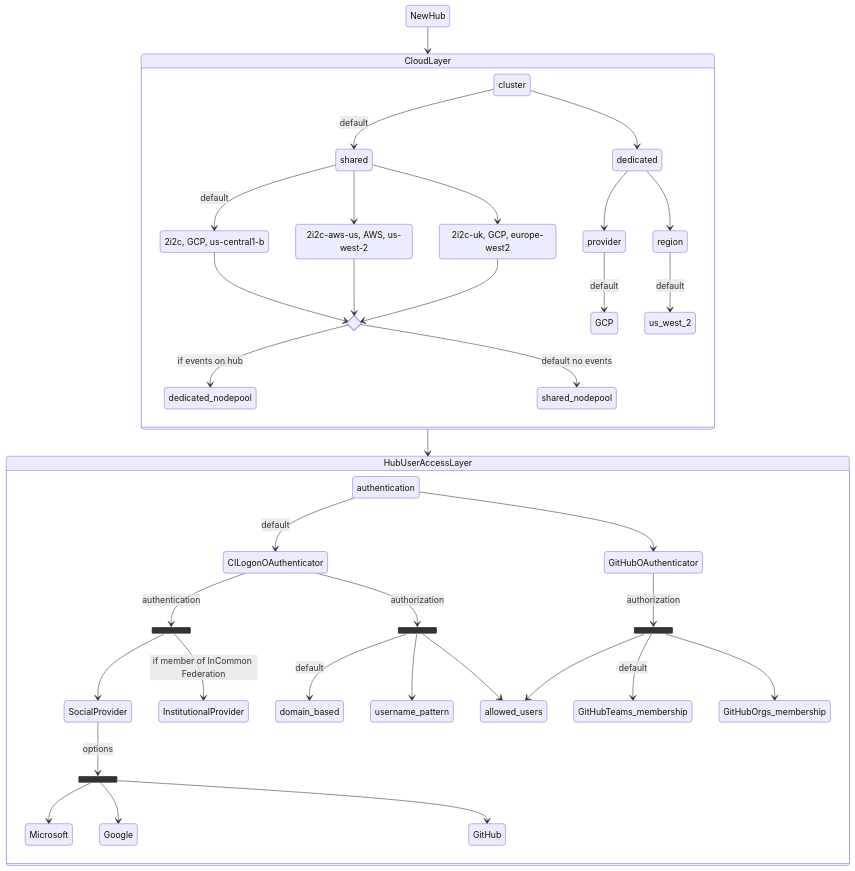
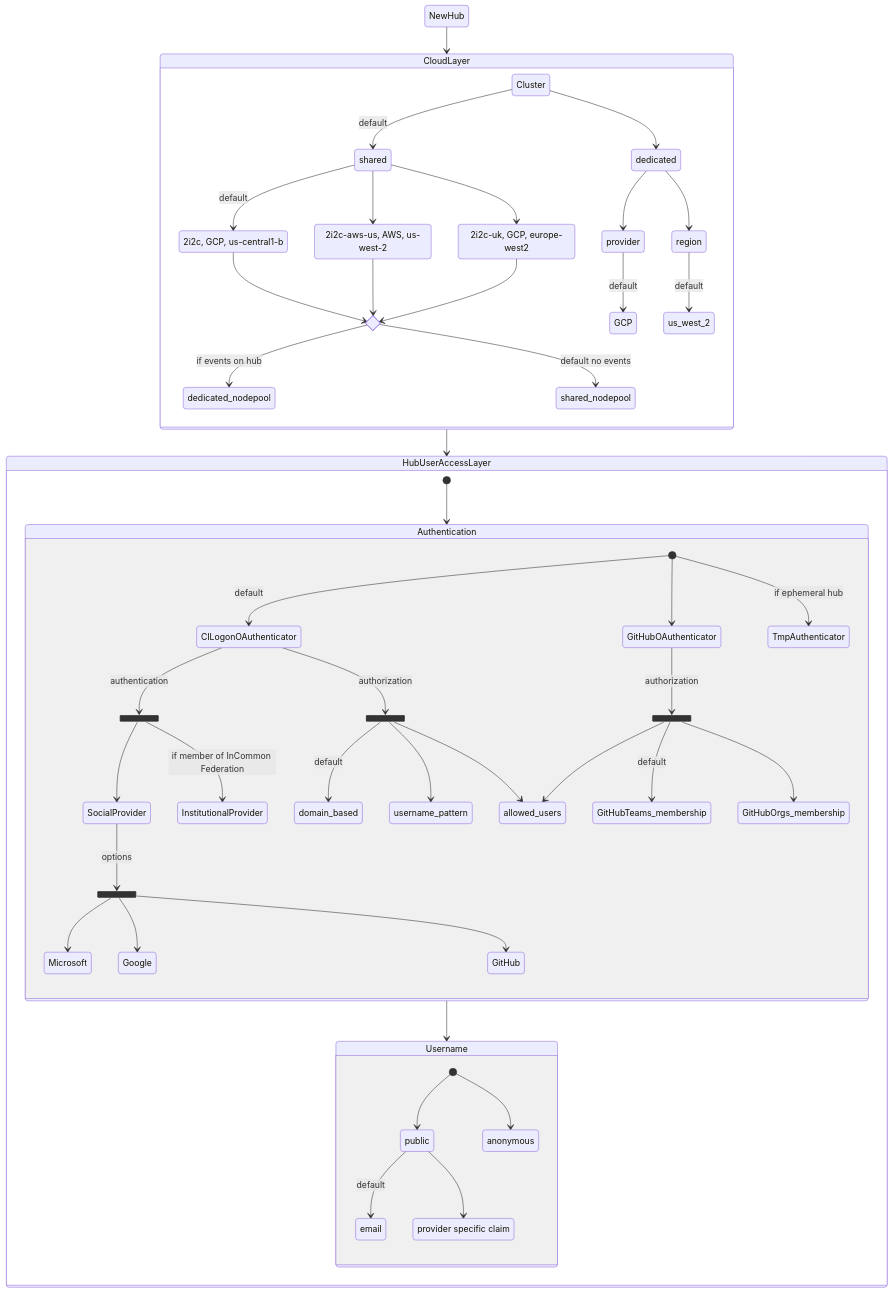
The diagram in docs/reference/options.md (2i2c-org/infrastructure), drawn with Mermaid before and after one commit.

Commit message:
Add a second internal state of this layer

````diff
--- a/docs/reference/options.md
+++ b/docs/reference/options.md
@@ -72,59 +72,73 @@
 ```{mermaid}
 stateDiagram-v2
     NewHub --> CloudLayer
     CloudLayer --> HubUserAccessLayer
 
     state CloudLayer {
-        cluster --> shared: default
+        Cluster --> shared: default
         cluster_one: 2i2c, GCP, us-central1-b
         cluster_two: 2i2c-aws-us, AWS, us-west-2
         cluster_three: 2i2c-uk, GCP, europe-west2
         shared --> cluster_one: default
         shared --> cluster_two
         shared --> cluster_three
 
         state plan_events <<choice>>
         cluster_one --> plan_events
         cluster_two --> plan_events
         cluster_three --> plan_events
 
         plan_events --> dedicated_nodepool: if events on hub
         plan_events --> shared_nodepool : default no events
 
-        cluster --> dedicated
+        Cluster --> dedicated
         dedicated --> provider
         provider --> GCP: default
         dedicated --> region
         region --> us_west_2: default
     }
     state HubUserAccessLayer {
-        authentication --> CILogonOAuthenticator : default
-        authentication --> GitHubOAuthenticator
+        [*] --> Authentication
+        Authentication--> Username
 
-        state auth <<join>>
-        state cilogon_authorization <<join>>
-        state github_authorization <<join>>
+        state Authentication {
+            [*] --> CILogonOAuthenticator : default
+            [*] --> GitHubOAuthenticator
+            [*] --> TmpAuthenticator : if ephemeral hub
 
-    
-        CILogonOAuthenticator --> auth: authentication
-        CILogonOAuthenticator --> cilogon_authorization: authorization
-        GitHubOAuthenticator --> github_authorization: authorization
+            state auth <<join>>
+            state cilogon_authorization <<join>>
+            state github_authorization <<join>>
 
-        auth --> SocialProvider
-        auth --> InstitutionalProvider: if member of InCommon Federation
-        
-        state options <<join>>
-        SocialProvider --> options: options
-        options --> Microsoft
-        options --> Google
-        options --> GitHub
-    
-        cilogon_authorization --> domain_based: default
-        cilogon_authorization --> username_pattern
-        cilogon_authorization --> allowed_users
 
-        github_authorization --> GitHubTeams_membership: default
-        github_authorization --> GitHubOrgs_membership
-        github_authorization --> allowed_users
+            CILogonOAuthenticator --> auth: authentication
+            CILogonOAuthenticator --> cilogon_authorization: authorization
+            GitHubOAuthenticator --> github_authorization: authorization
+
+            auth --> SocialProvider
+            auth --> InstitutionalProvider: if member of InCommon Federation
+
+            state options <<join>>
+            SocialProvider --> options: options
+            options --> Microsoft
+            options --> Google
+            options --> GitHub
+
+            cilogon_authorization --> domain_based: default
+            cilogon_authorization --> username_pattern
+            cilogon_authorization --> allowed_users
+
+            github_authorization --> GitHubTeams_membership: default
+            github_authorization --> GitHubOrgs_membership
+            github_authorization --> allowed_users
+        }
+
+        state Username {
+            [*] --> public
+            public --> email : default
+            claim: provider specific claim
+            public --> claim
+            [*] --> anonymous
+        }
     }
 ```
````
